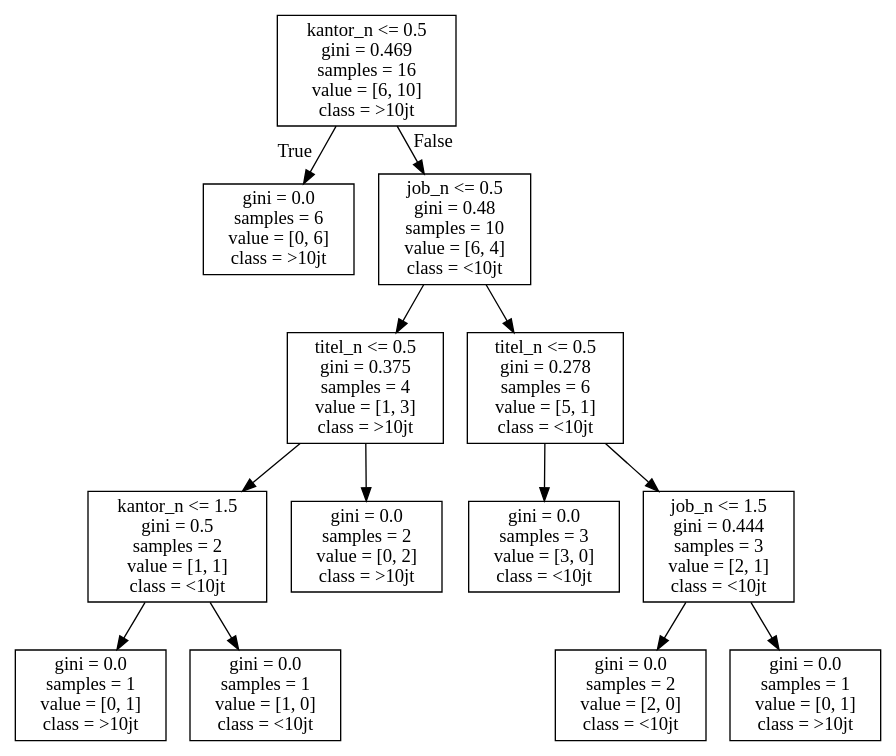
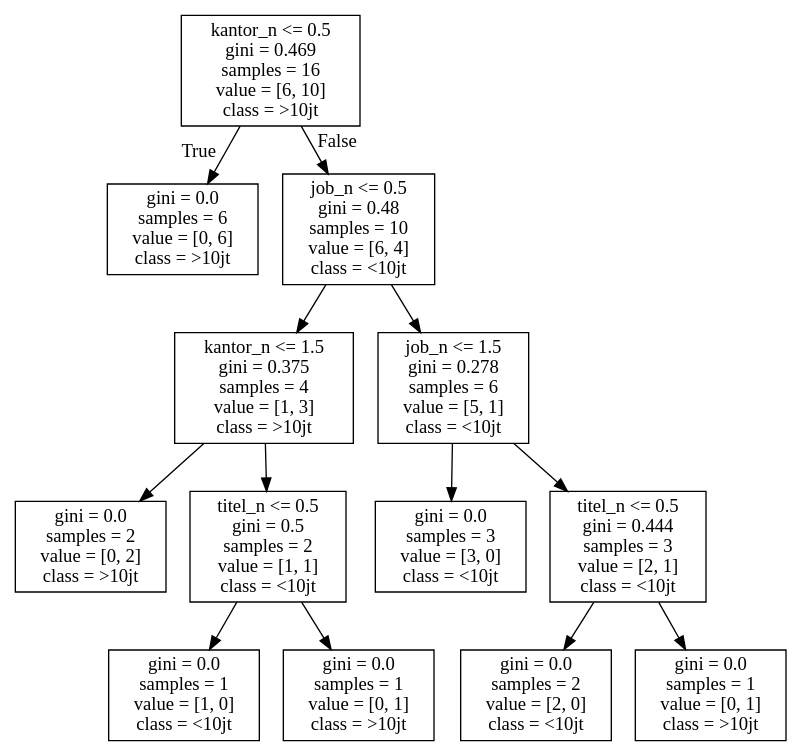
The diagram in 9 ML Sklearn/15_DecisionTree.dot (LintangWisesa/Python_Fundamental_DataScience), drawn with Graphviz before and after one commit. The commit also changed 14 other files, not shown here.

```diff
--- a/9 ML Sklearn/15_DecisionTree.dot
+++ b/9 ML Sklearn/15_DecisionTree.dot
@@ -1,28 +1,28 @@
 digraph Tree {
 node [shape=box] ;
 0 [label="kantor_n <= 0.5\ngini = 0.469\nsamples = 16\nvalue = [6, 10]\nclass = >10jt"] ;
 1 [label="gini = 0.0\nsamples = 6\nvalue = [0, 6]\nclass = >10jt"] ;
 0 -> 1 [labeldistance=2.5, labelangle=45, headlabel="True"] ;
 2 [label="job_n <= 0.5\ngini = 0.48\nsamples = 10\nvalue = [6, 4]\nclass = <10jt"] ;
 0 -> 2 [labeldistance=2.5, labelangle=-45, headlabel="False"] ;
-3 [label="titel_n <= 0.5\ngini = 0.375\nsamples = 4\nvalue = [1, 3]\nclass = >10jt"] ;
+3 [label="kantor_n <= 1.5\ngini = 0.375\nsamples = 4\nvalue = [1, 3]\nclass = >10jt"] ;
 2 -> 3 ;
-4 [label="kantor_n <= 1.5\ngini = 0.5\nsamples = 2\nvalue = [1, 1]\nclass = <10jt"] ;
+4 [label="gini = 0.0\nsamples = 2\nvalue = [0, 2]\nclass = >10jt"] ;
 3 -> 4 ;
-5 [label="gini = 0.0\nsamples = 1\nvalue = [0, 1]\nclass = >10jt"] ;
-4 -> 5 ;
+5 [label="titel_n <= 0.5\ngini = 0.5\nsamples = 2\nvalue = [1, 1]\nclass = <10jt"] ;
+3 -> 5 ;
 6 [label="gini = 0.0\nsamples = 1\nvalue = [1, 0]\nclass = <10jt"] ;
-4 -> 6 ;
-7 [label="gini = 0.0\nsamples = 2\nvalue = [0, 2]\nclass = >10jt"] ;
-3 -> 7 ;
-8 [label="titel_n <= 0.5\ngini = 0.278\nsamples = 6\nvalue = [5, 1]\nclass = <10jt"] ;
+5 -> 6 ;
+7 [label="gini = 0.0\nsamples = 1\nvalue = [0, 1]\nclass = >10jt"] ;
+5 -> 7 ;
+8 [label="job_n <= 1.5\ngini = 0.278\nsamples = 6\nvalue = [5, 1]\nclass = <10jt"] ;
 2 -> 8 ;
 9 [label="gini = 0.0\nsamples = 3\nvalue = [3, 0]\nclass = <10jt"] ;
 8 -> 9 ;
-10 [label="job_n <= 1.5\ngini = 0.444\nsamples = 3\nvalue = [2, 1]\nclass = <10jt"] ;
+10 [label="titel_n <= 0.5\ngini = 0.444\nsamples = 3\nvalue = [2, 1]\nclass = <10jt"] ;
 8 -> 10 ;
 11 [label="gini = 0.0\nsamples = 2\nvalue = [2, 0]\nclass = <10jt"] ;
 10 -> 11 ;
 12 [label="gini = 0.0\nsamples = 1\nvalue = [0, 1]\nclass = >10jt"] ;
 10 -> 12 ;
 }
```
